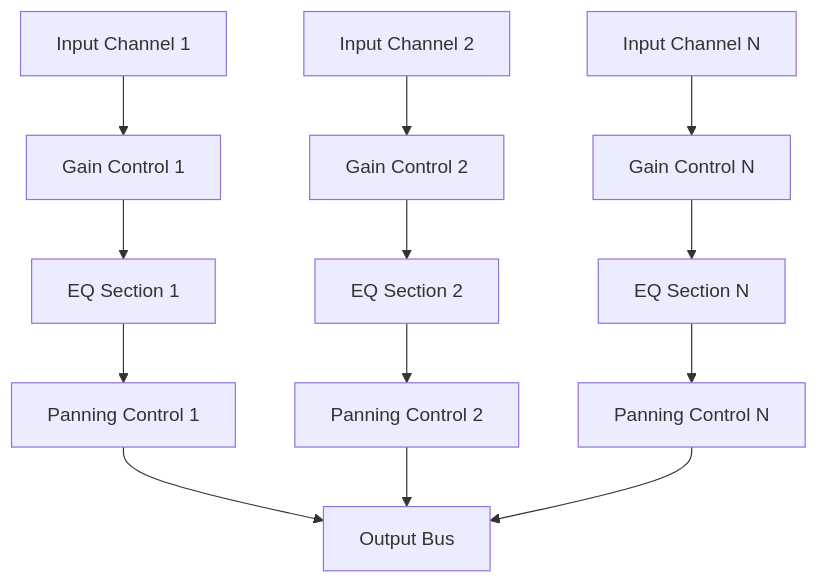
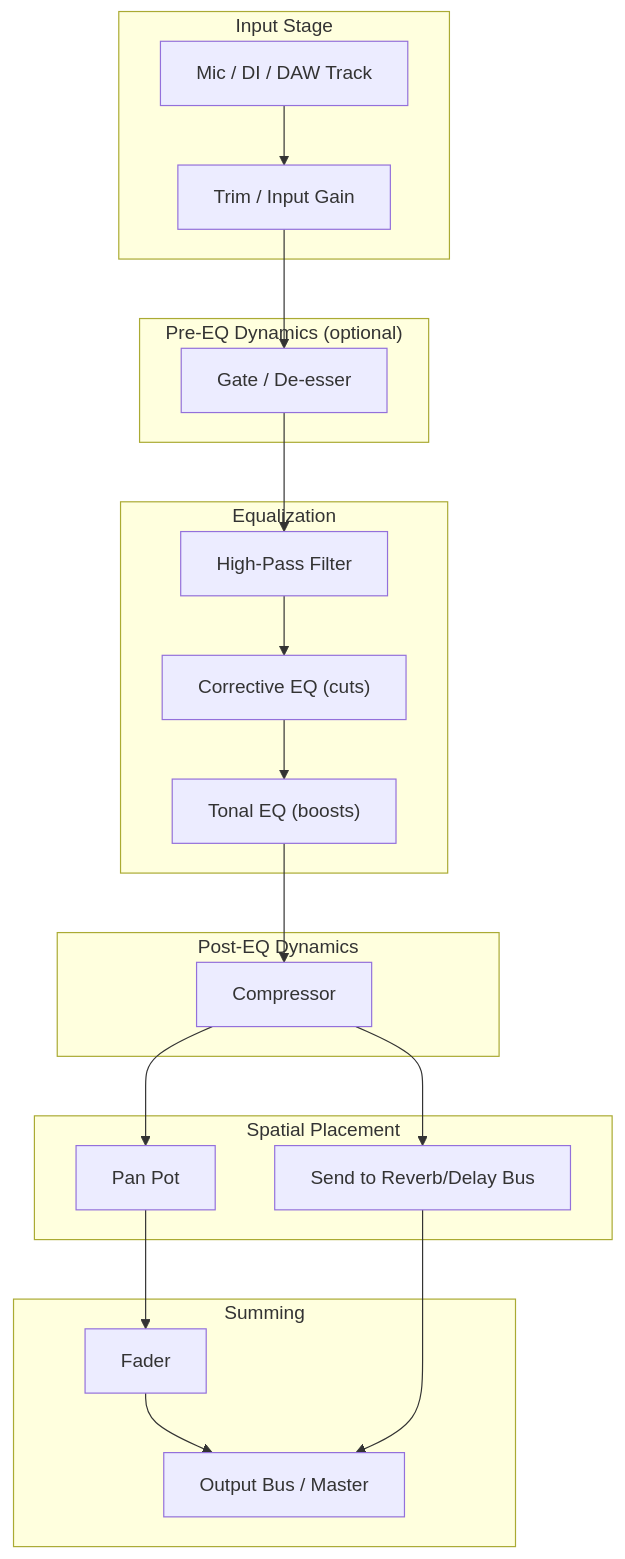
Before and after one commit to blebleblee/synapse: the first of 4 diagrams in topics/arts/music_production/mixing/lesson_01_mixer_basics.md, drawn with Mermaid. The commit also changed other lines of this file and 4 other files, not shown here.

````diff
--- a/topics/arts/music_production/mixing/lesson_01_mixer_basics.md
+++ b/topics/arts/music_production/mixing/lesson_01_mixer_basics.md
@@ -33,15 +30,26 @@
 ```mermaid
 graph TD;
-    A["Input Channel 1"] --> B["Gain Control 1"];
-    B --> C["EQ Section 1"];
-    C --> D["Panning Control 1"];
-    D --> E["Output Bus"];
-    F["Input Channel 2"] --> G["Gain Control 2"];
-    G --> H["EQ Section 2"];
-    H --> I["Panning Control 2"];
-    I --> E;
-    J["Input Channel N"] --> K["Gain Control N"];
-    K --> L["EQ Section N"];
-    L --> M["Panning Control N"];
-    M --> E;
+    subgraph input_stage ["Input Stage"]
+        A1["Mic / DI / DAW Track"] --> A2["Trim / Input Gain"];
+    end
+    subgraph dynamics_pre ["Pre-EQ Dynamics (optional)"]
+        A2 --> B1["Gate / De-esser"];
+    end
+    subgraph eq_stage ["Equalization"]
+        B1 --> C1["High-Pass Filter"];
+        C1 --> C2["Corrective EQ (cuts)"];
+        C2 --> C3["Tonal EQ (boosts)"];
+    end
+    subgraph dynamics_post ["Post-EQ Dynamics"]
+        C3 --> D1["Compressor"];
+    end
+    subgraph spatial_stage ["Spatial Placement"]
+        D1 --> E1["Pan Pot"];
+        D1 --> E2["Send to Reverb/Delay Bus"];
+    end
+    subgraph summing ["Summing"]
+        E1 --> F1["Fader"];
+        F1 --> G1["Output Bus / Master"];
+        E2 --> G1;
+    end
 ```
````
